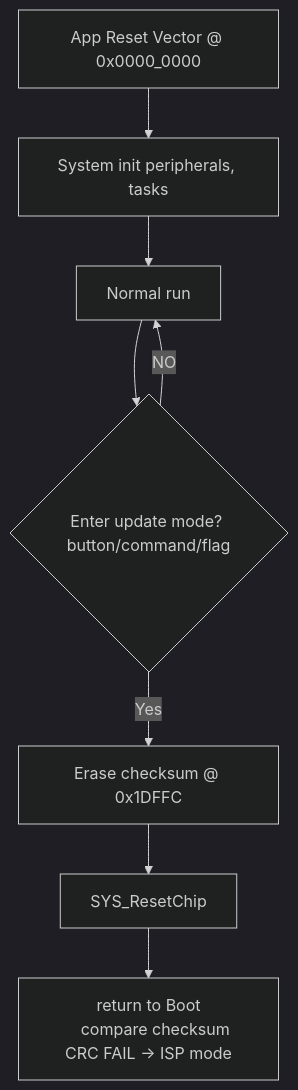
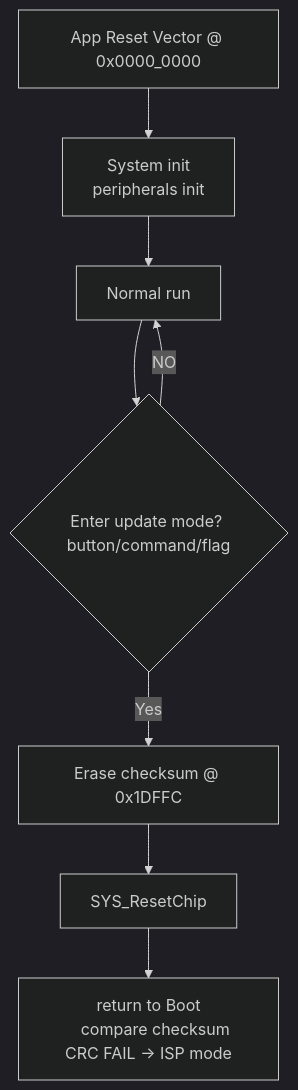
One commit to released/slide_Nuvoton-ISP-code_in_LDROM_APROM changed the second of 2 diagrams in index.md. Above: the diagram before and after it, drawn with Mermaid (dark theme). The commit also changed other lines of this file and 2 other files, not shown here.

````diff
--- a/index.md
+++ b/index.md
@@ -129,11 +133,12 @@
 ```mermaid
 flowchart TD
-    A[App Reset Vector @ 0x0000_0000] --> B[System init peripherals, tasks]
+    A[App Reset Vector @ 0x0000_0000] --> B[System init
+    peripherals init]
     B --> C[Normal run]
     C --> D{Enter update mode? button/command/flag}
     D -->|Yes| E[Erase checksum @ 0x1DFFC]
     D -->|NO|C
     E --> F[SYS_ResetChip]
     F --> G[return to Boot
     compare checksum CRC FAIL → ISP mode]
 ```
````
